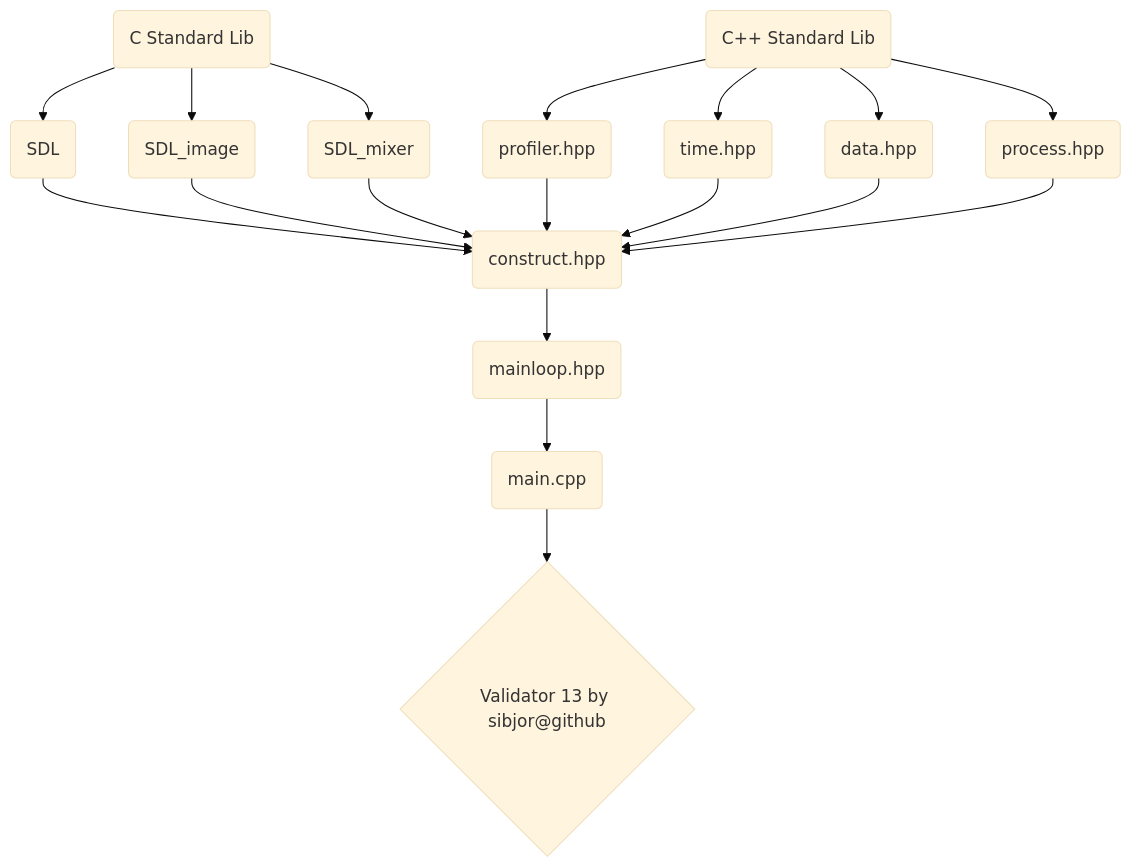
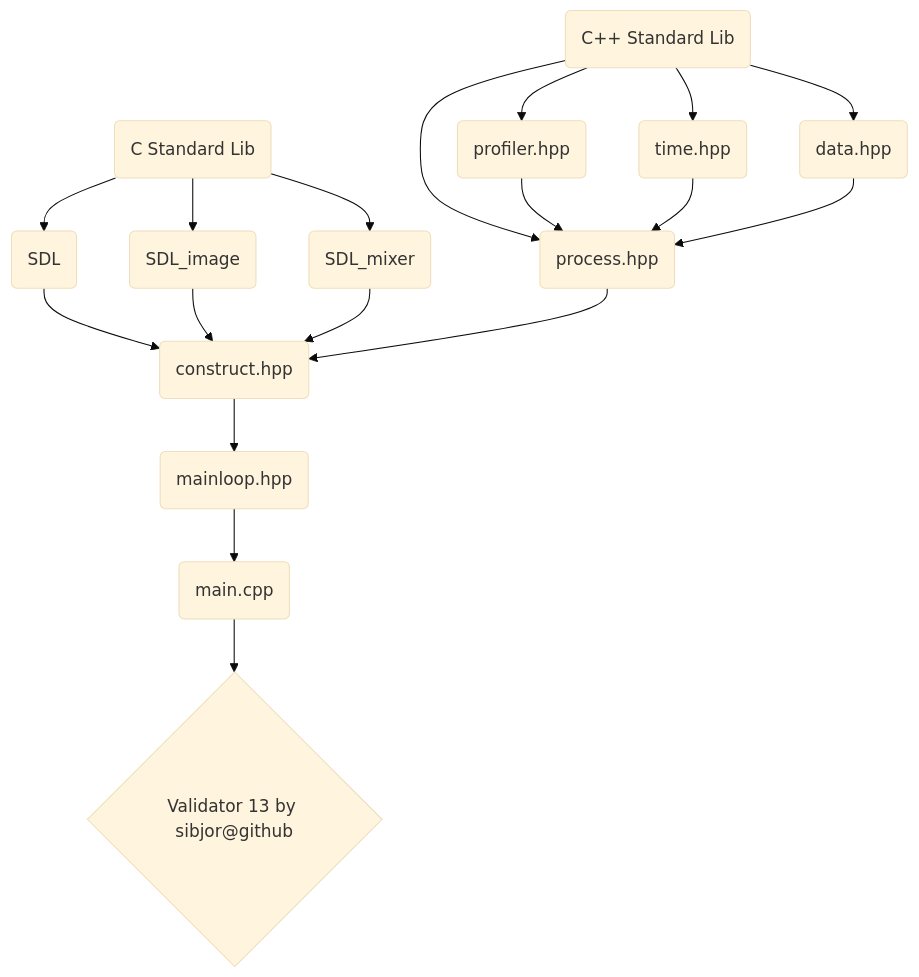
Before and after one commit to sibjor/ParkourRunner: the diagram in README.md, drawn with Mermaid (base theme). The commit also changed 9 other files, not shown here.

````diff
--- a/README.md
+++ b/README.md
@@ -15,35 +15,37 @@
 ```mermaid
 flowchart TD
     A(C Standard Lib)
     B(C++ Standard Lib)
     C(SDL)
     D(SDL_image)
     E(SDL_mixer)
     F(profiler.hpp) 
     G(time.hpp) 
     H(data.hpp)
     I(process.hpp)
     J(construct.hpp)
     K(mainloop.hpp)
     L(main.cpp)
     M{Validator 13 by sibjor@github}
 
     A --> C 
     A --> D 
     A --> E
     B --> F 
     B --> G
     B --> H 
     B --> I
 
     C --> J
     D --> J
     E --> J
-    F --> J
-    G --> J
-    H --> J
+
+    F --> I
+    G --> I
+    H --> I
+
     I --> J
     J --> K
     K --> L
     L --> M
 ```
````
